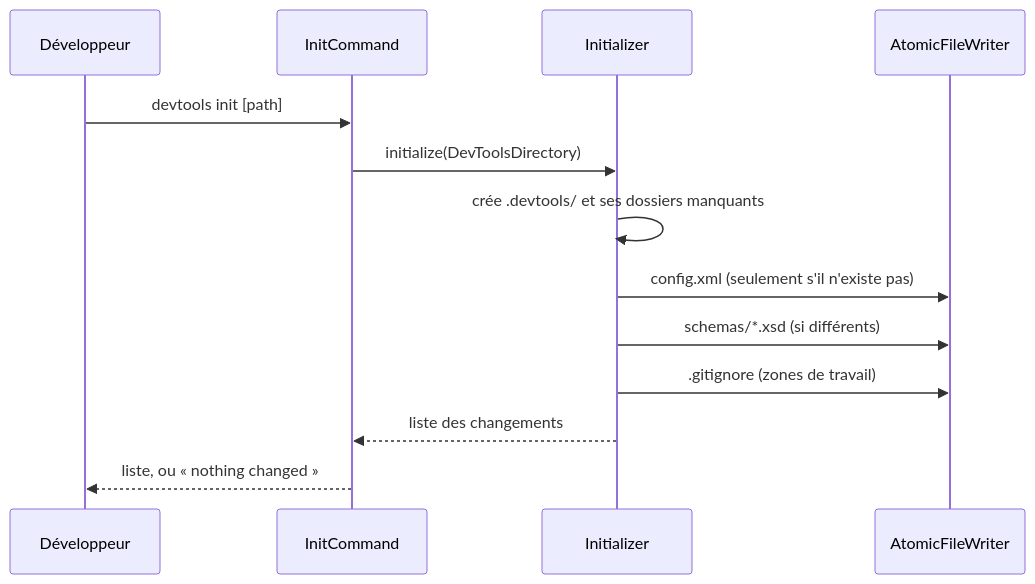
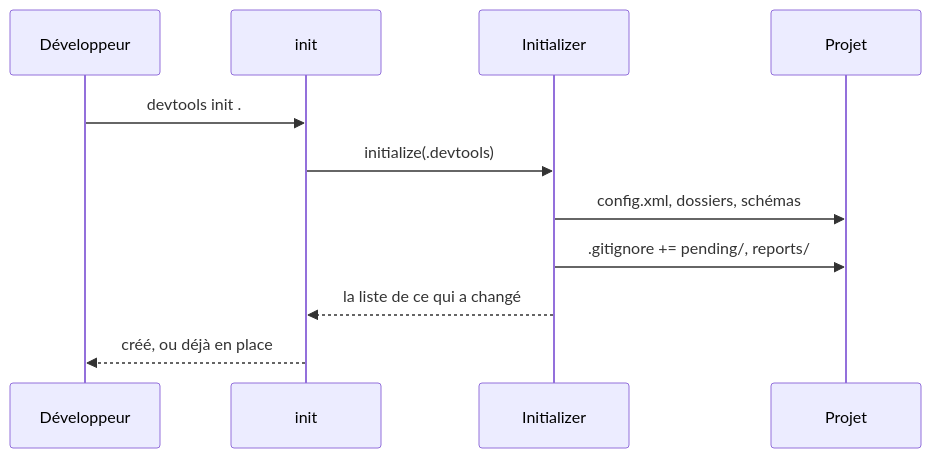
One commit to jul6art/devtools changed the first of 2 diagrams in docs/workflows/commands/init.md. Above: the diagram before and after it, drawn with Mermaid. The commit also changed other lines of this file and 364 other files, not shown here.

````diff
--- a/docs/workflows/commands/init.md
+++ b/docs/workflows/commands/init.md
@@ -20,15 +18,13 @@
 ```mermaid
 sequenceDiagram
   participant U as Développeur
-  participant C as InitCommand
+  participant C as init
   participant I as Initializer
-  participant W as AtomicFileWriter
-  U->>C: devtools init [path]
-  C->>I: initialize(DevToolsDirectory)
-  I->>I: crée .devtools/ et ses dossiers manquants
-  I->>W: config.xml (seulement s'il n'existe pas)
-  I->>W: schemas/*.xsd (si différents)
-  I->>W: .gitignore (zones de travail)
-  I-->>C: liste des changements
-  C-->>U: liste, ou « nothing changed »
+  participant P as Projet
+  U->>C: devtools init .
+  C->>I: initialize(.devtools)
+  I->>P: config.xml, dossiers, schémas
+  I->>P: .gitignore += pending/, reports/
+  I-->>C: la liste de ce qui a changé
+  C-->>U: créé, ou déjà en place
 ```
````
